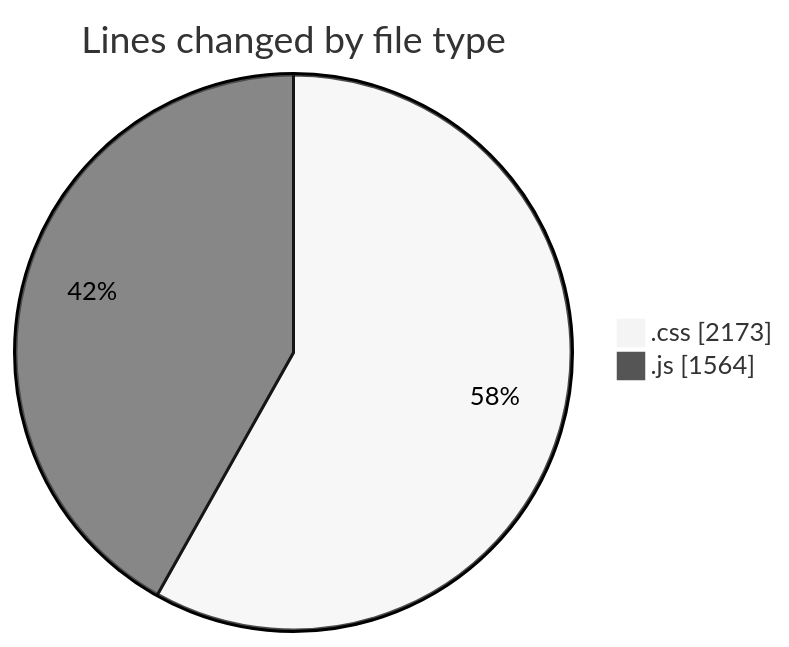
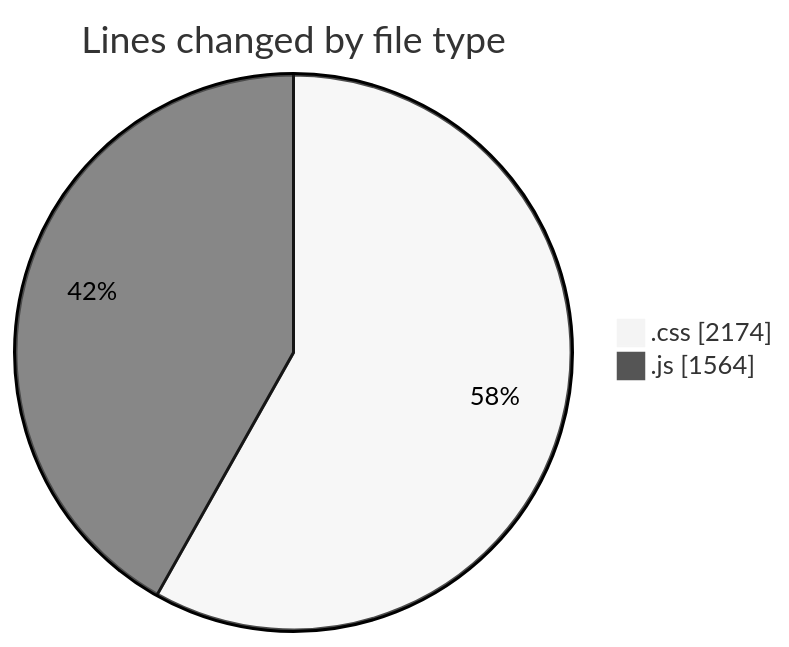
One commit to tmsrecording-cyber/code-tracking changed the first of 2 diagrams in 2026-04-23/darkwire/README.md. Above: the diagram before and after it, drawn with Mermaid (neutral theme). The commit also changed other lines of this file and 1 other file, not shown here.

````diff
--- a/2026-04-23/darkwire/README.md
+++ b/2026-04-23/darkwire/README.md
@@ -26,6 +26,6 @@
 ```mermaid
 pie showData
 title Lines changed by file type
-".css" : 2173
+".css" : 2174
 ".js" : 1564
 ```
````
